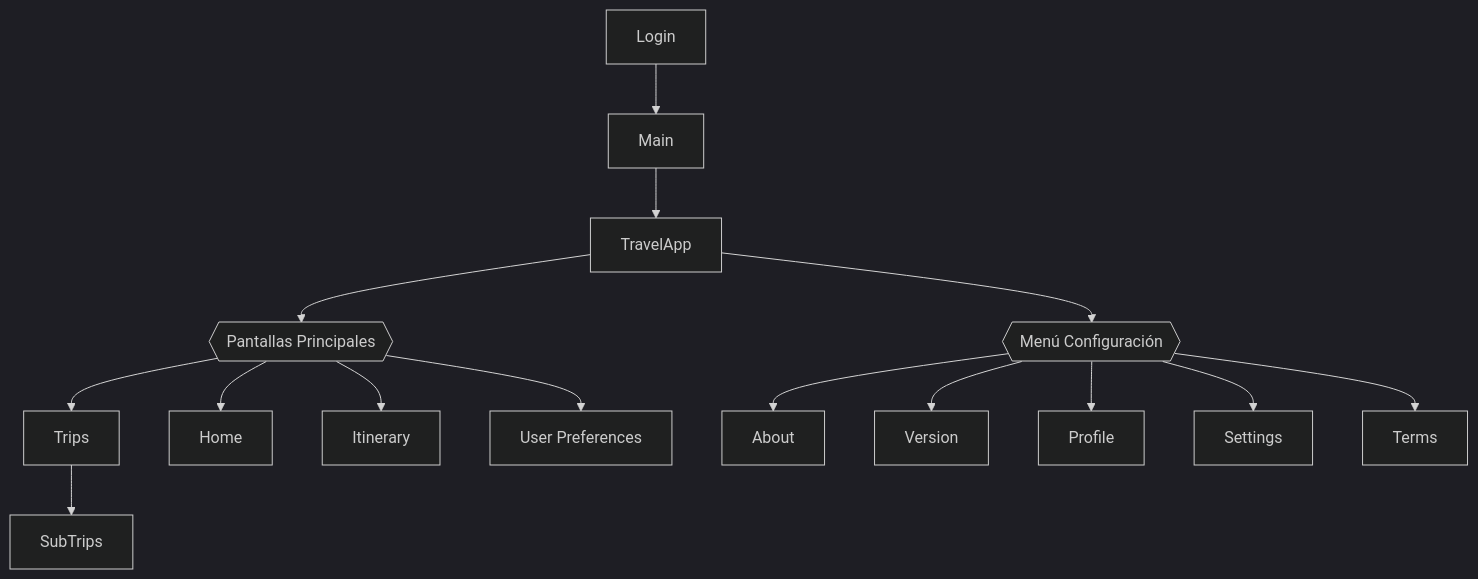
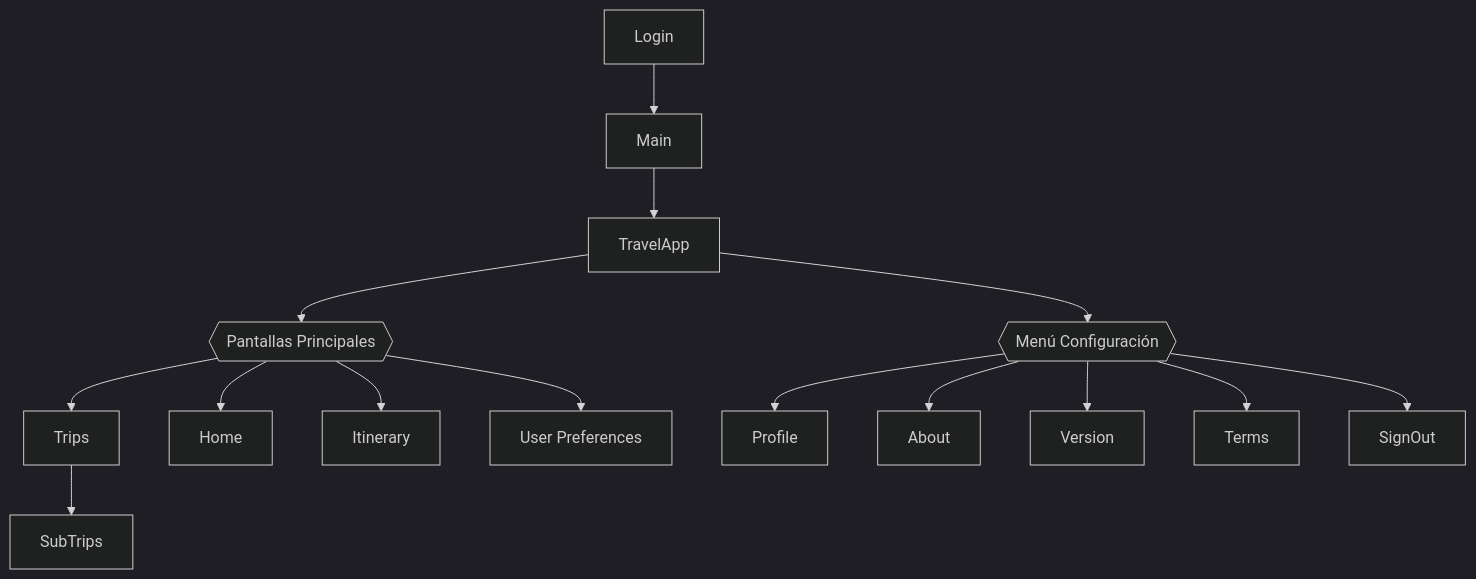
Before and after one commit to GEI3-Udl-2025/Travel_World: the first of 6 diagrams in documentation/design.md, drawn with Mermaid (dark theme).

````diff
--- a/documentation/design.md
+++ b/documentation/design.md
@@ -3,17 +3,17 @@
 ```mermaid
 flowchart TD
     A[Login] --> B[Main]
     B --> C[TravelApp]
     C --> D{{Pantallas Principales}}
     D --> E[Trips]
     D --> F[Home]
     D --> G[Itinerary]
     D --> H[User Preferences]
     C --> I{{Menú Configuración}}
-    I --> J[About]
-    I --> K[Version]
-    I --> L[Profile]
-    I --> M[Settings]
-    I --> N[Terms]
+    I --> J[Profile]
+    I --> K[About]
+    I --> L[Version]
+    I --> M[Terms]
+    I --> N[SignOut]
     E --> O[SubTrips]
 ```
````
